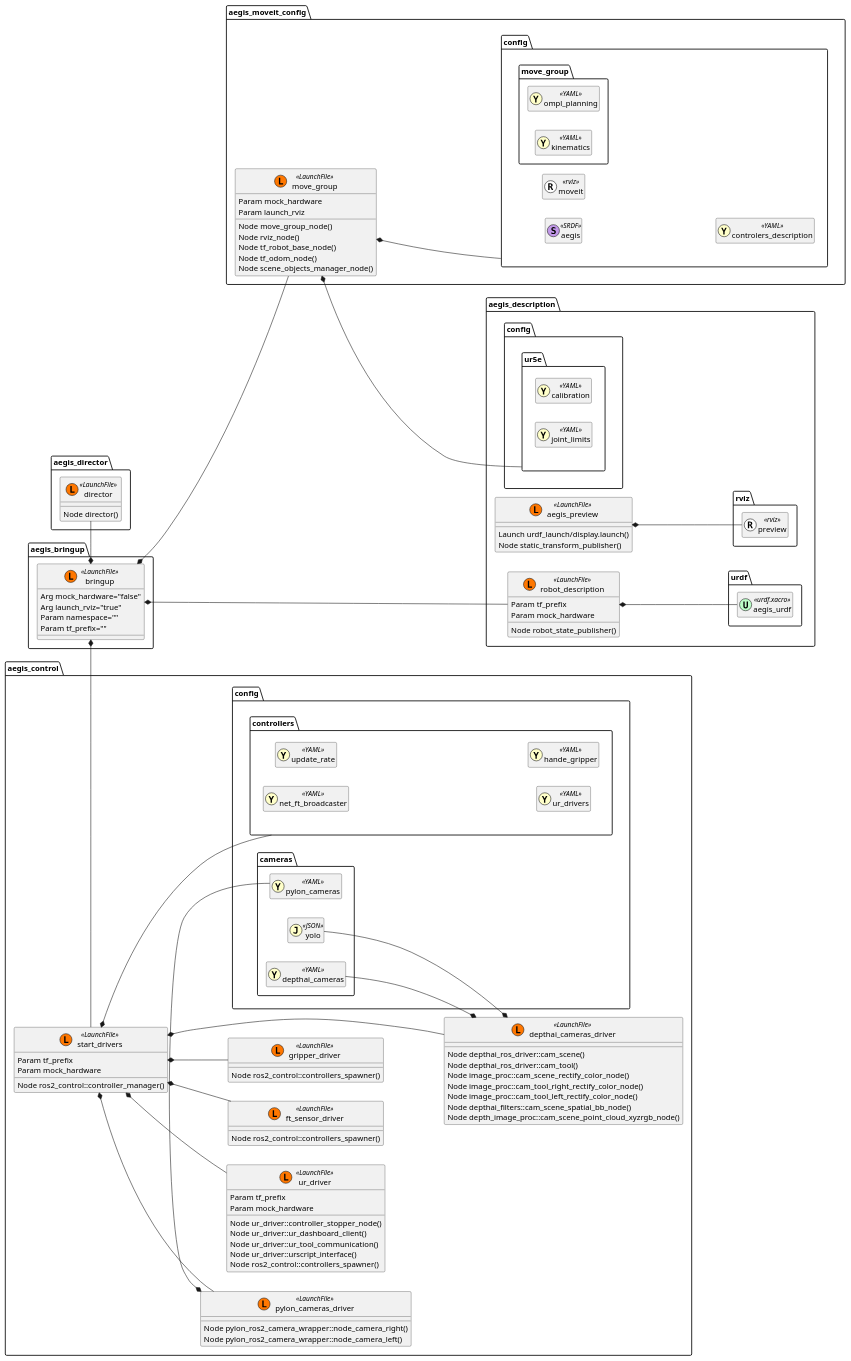
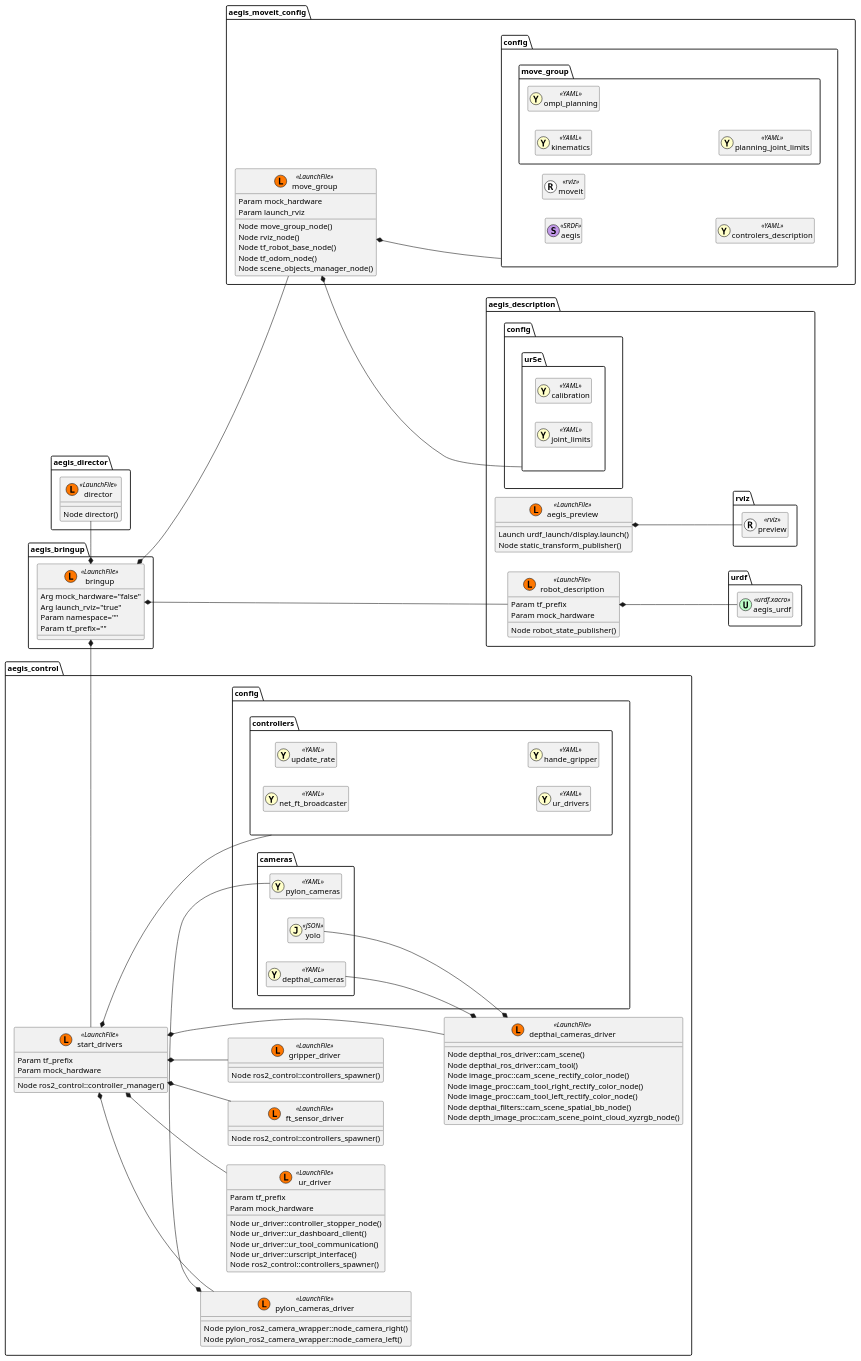
One commit to AGH-CEAI/aegis_ros changed the diagram in aegis_bringup/docs/launch_diagram.plantuml. Above: the diagram before and after it, drawn with PlantUML. The commit also changed 1 other file, not shown here.

Commit message:
added planning_joint_limits.yaml to launch files diagram

```diff
--- a/aegis_bringup/docs/launch_diagram.plantuml
+++ b/aegis_bringup/docs/launch_diagram.plantuml
@@ -1,145 +1,146 @@
 @startuml
 left to right direction
 package aegis_bringup {
     class bringup << (L,#FF7700) LaunchFile >> {
         Arg mock_hardware="false"
         Arg launch_rviz="true"
         Param namespace=""
         Param tf_prefix=""
     }
 }
 
 package aegis_director {
     class director << (L,#FF7700) LaunchFile >> {
         Node director()
     }
 }
 
 package aegis_control {
     class start_drivers << (L,#FF7700) LaunchFile >> {
         Param tf_prefix
         Param mock_hardware
         Node ros2_control::controller_manager()
     }
     class ur_driver << (L,#FF7700) LaunchFile >> {
         Param tf_prefix
         Param mock_hardware
         Node ur_driver::controller_stopper_node()
         Node ur_driver::ur_dashboard_client()
         Node ur_driver::ur_tool_communication()
         Node ur_driver::urscript_interface()
         Node ros2_control::controllers_spawner()
     }
     class ft_sensor_driver << (L,#FF7700) LaunchFile >> {
         Node ros2_control::controllers_spawner()
     }
     class gripper_driver << (L,#FF7700) LaunchFile >> {
         Node ros2_control::controllers_spawner()
     }
     class depthai_cameras_driver << (L,#FF7700) LaunchFile >> {
         Node depthai_ros_driver::cam_scene()
         Node depthai_ros_driver::cam_tool()
         Node image_proc::cam_scene_rectify_color_node()
         Node image_proc::cam_tool_right_rectify_color_node()
         Node image_proc::cam_tool_left_rectify_color_node()
         Node depthai_filters::cam_scene_spatial_bb_node()
         Node depth_image_proc::cam_scene_point_cloud_xyzrgb_node()
     }
     class pylon_cameras_driver << (L,#FF7700) LaunchFile >> {
         Node pylon_ros2_camera_wrapper::node_camera_right()
         Node pylon_ros2_camera_wrapper::node_camera_left()
     }
 
     package config {
         package controllers {
             class net_ft_broadcaster << (Y,#ffffc9) YAML >> {}
             class update_rate << (Y,#ffffc9) YAML >> {}
             class ur_drivers << (Y,#ffffc9) YAML >> {}
             class hande_gripper << (Y,#ffffc9) YAML >> {}
         }
         package cameras {
             class depthai_cameras << (Y,#ffffc9) YAML >> {}
             class pylon_cameras << (Y,#ffffc9) YAML >> {}
             class yolo << (J,#ffffc9) JSON >> {}
         }
     }
 }
 
 package aegis_description {
     class aegis_preview << (L,#FF7700) LaunchFile >> {
         Launch urdf_launch/display.launch()
         Node static_transform_publisher()
     }
 
     class robot_description << (L,#FF7700) LaunchFile >> {
         Param tf_prefix
         Param mock_hardware
         Node robot_state_publisher()
     }
 
     package config {
         package ur5e {
             class calibration << (Y,#ffffc9) YAML >> {}
             class joint_limits << (Y,#ffffc9) YAML >> {}
         }
     }
 
     package urdf {
         class aegis_urdf << (U,#bcffc8) urdf.xacro >> {}
     }
 
     package rviz {
         class preview << (R,#ffffff) rviz >> {}
     }
 }
 
 package aegis_moveit_config {
     class move_group << (L,#FF7700) LaunchFile >> {
         Param mock_hardware
         Param launch_rviz
         Node move_group_node()
         Node rviz_node()
         Node tf_robot_base_node()
         Node tf_odom_node()
         Node scene_objects_manager_node()
     }
     package config {
         class aegis << (S,#c298e9) SRDF >> {}
         package move_group {
+            class kinematics << (Y,#ffffc9) YAML >> {}
             class ompl_planning << (Y,#ffffc9) YAML >> {}
-            class kinematics << (Y,#ffffc9) YAML >> {}
+            class planning_joint_limits << (Y,#ffffc9) YAML >> {}
         }
         class moveit << (R,#ffffff) rviz >> {}
         class controlers_description << (Y,#ffffc9) YAML >> {}
     }
 }
 
 
 aegis_bringup.bringup *-left- aegis_control.start_drivers
 aegis_bringup.bringup *-left- aegis_director.director
 aegis_bringup.bringup *-- aegis_moveit_config.move_group
 aegis_bringup.bringup *-- aegis_description.robot_description
 aegis_description.robot_description *-- aegis_description.urdf.aegis_urdf
 
 aegis_control.start_drivers *-- aegis_control.ur_driver
 aegis_control.start_drivers *-- aegis_control.ft_sensor_driver
 aegis_control.start_drivers *-- aegis_control.gripper_driver
 aegis_control.start_drivers *-- aegis_control.depthai_cameras_driver
 aegis_control.start_drivers *-- aegis_control.pylon_cameras_driver
 aegis_control.start_drivers *-- aegis_control.config.controllers
 aegis_control.depthai_cameras_driver *-up- aegis_control.config.cameras.depthai_cameras
 aegis_control.depthai_cameras_driver *-up- aegis_control.config.cameras.yolo
 aegis_control.pylon_cameras_driver *-left- aegis_control.config.cameras.pylon_cameras
 
 aegis_moveit_config.move_group *-- aegis_moveit_config.config
 aegis_moveit_config.move_group *-- aegis_description.config.ur5e
 
 aegis_description.aegis_preview *-- aegis_description.rviz.preview
 
 skinparam classAttributeIconSize 0
 hide << YAML >> members
 hide << urdf.xacro >> members
 hide << SRDF >> members
 hide << rviz >> members
 hide << JSON >> members
 @enduml
```
